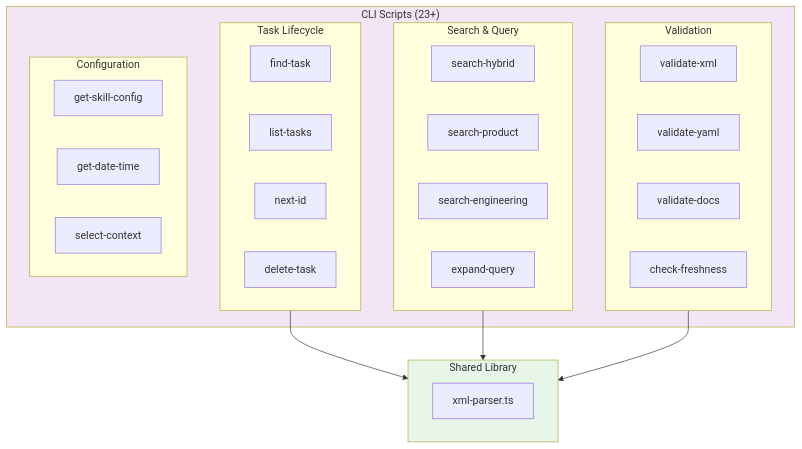
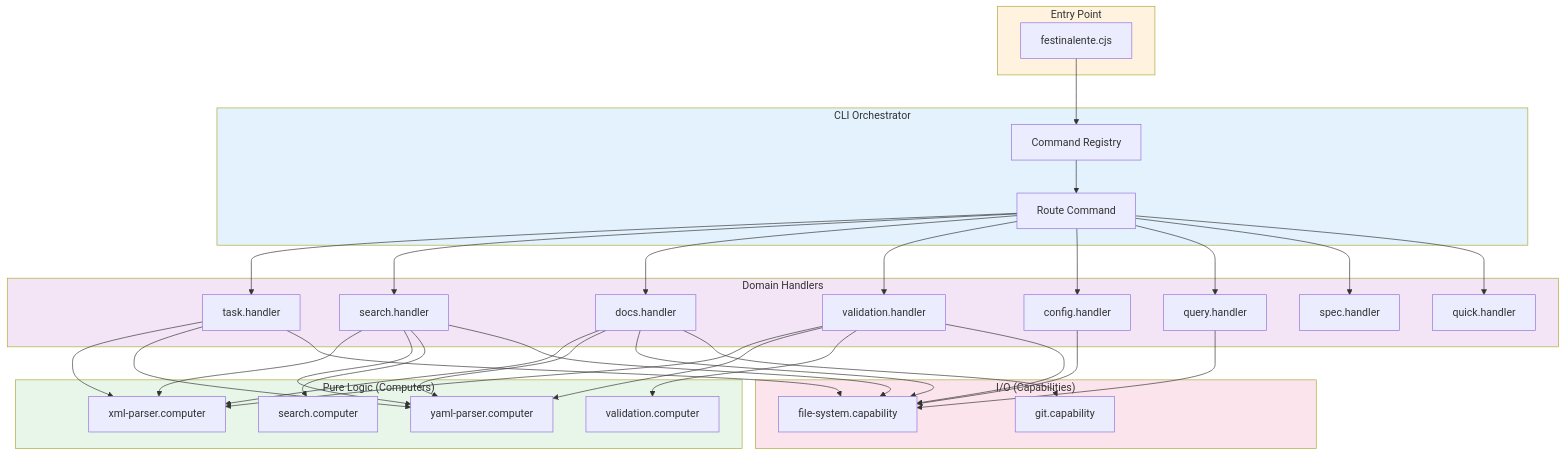
The first of 2 diagrams in .festinalente/engineering/systems/cli/_index.md (mattfletcher94/festinalente), drawn with Mermaid before and after one commit. The commit also changed other lines of this file, not shown here.

Commit message:
docs(029-consolidate-cli-scripts-into-single-dispatcher): engineering - update CLI system docs for dispatcher architecture

````diff
--- a/.festinalente/engineering/systems/cli/_index.md
+++ b/.festinalente/engineering/systems/cli/_index.md
@@ -41,42 +40,51 @@
 ```mermaid
 graph TB
-    subgraph Scripts["CLI Scripts (23+)"]
-        subgraph Lifecycle["Task Lifecycle"]
-            FT["find-task"]
-            LT["list-tasks"]
-            NI["next-id"]
-            DT["delete-task"]
-        end
-
-        subgraph Search["Search & Query"]
-            SH["search-hybrid"]
-            SP["search-product"]
-            SE["search-engineering"]
-            EQ["expand-query"]
-        end
-
-        subgraph Validation["Validation"]
-            VX["validate-xml"]
-            VY["validate-yaml"]
-            VD["validate-docs"]
-            CF["check-freshness"]
-        end
-
-        subgraph Config["Configuration"]
-            GS["get-skill-config"]
-            GD["get-date-time"]
-            SC["select-context"]
-        end
+    subgraph Entry["Entry Point"]
+        DISP["festinalente.cjs"]
     end
 
-    subgraph Lib["Shared Library"]
-        XP["xml-parser.ts"]
+    subgraph Orchestrator["CLI Orchestrator"]
+        REG["Command Registry"]
+        ROUTE["Route Command"]
     end
 
-    Lifecycle --> Lib
-    Search --> Lib
-    Validation --> Lib
+    subgraph Handlers["Domain Handlers"]
+        TH["task.handler"]
+        SH["search.handler"]
+        DH["docs.handler"]
+        VH["validation.handler"]
+        CH["config.handler"]
+        QH["query.handler"]
+        SPECH["spec.handler"]
+        QUICKH["quick.handler"]
+    end
 
-    style Scripts fill:#f3e5f5
-    style Lib fill:#e8f5e9
+    subgraph Computers["Pure Logic (Computers)"]
+        XML["xml-parser.computer"]
+        YAML["yaml-parser.computer"]
+        SEARCH["search.computer"]
+        VAL["validation.computer"]
+    end
+
+    subgraph Capabilities["I/O (Capabilities)"]
+        FS["file-system.capability"]
+        GIT["git.capability"]
+    end
+
+    DISP --> REG
+    REG --> ROUTE
+    ROUTE --> TH & SH & DH & VH & CH & QH & SPECH & QUICKH
+
+    TH & SH & DH & VH --> XML & YAML
+    SH --> SEARCH
+    VH --> VAL
+
+    TH & SH & DH & VH & CH & QH --> FS
+    DH --> GIT
+
+    style Entry fill:#fff3e0
+    style Orchestrator fill:#e3f2fd
+    style Handlers fill:#f3e5f5
+    style Computers fill:#e8f5e9
+    style Capabilities fill:#fce4ec
 ```
````
